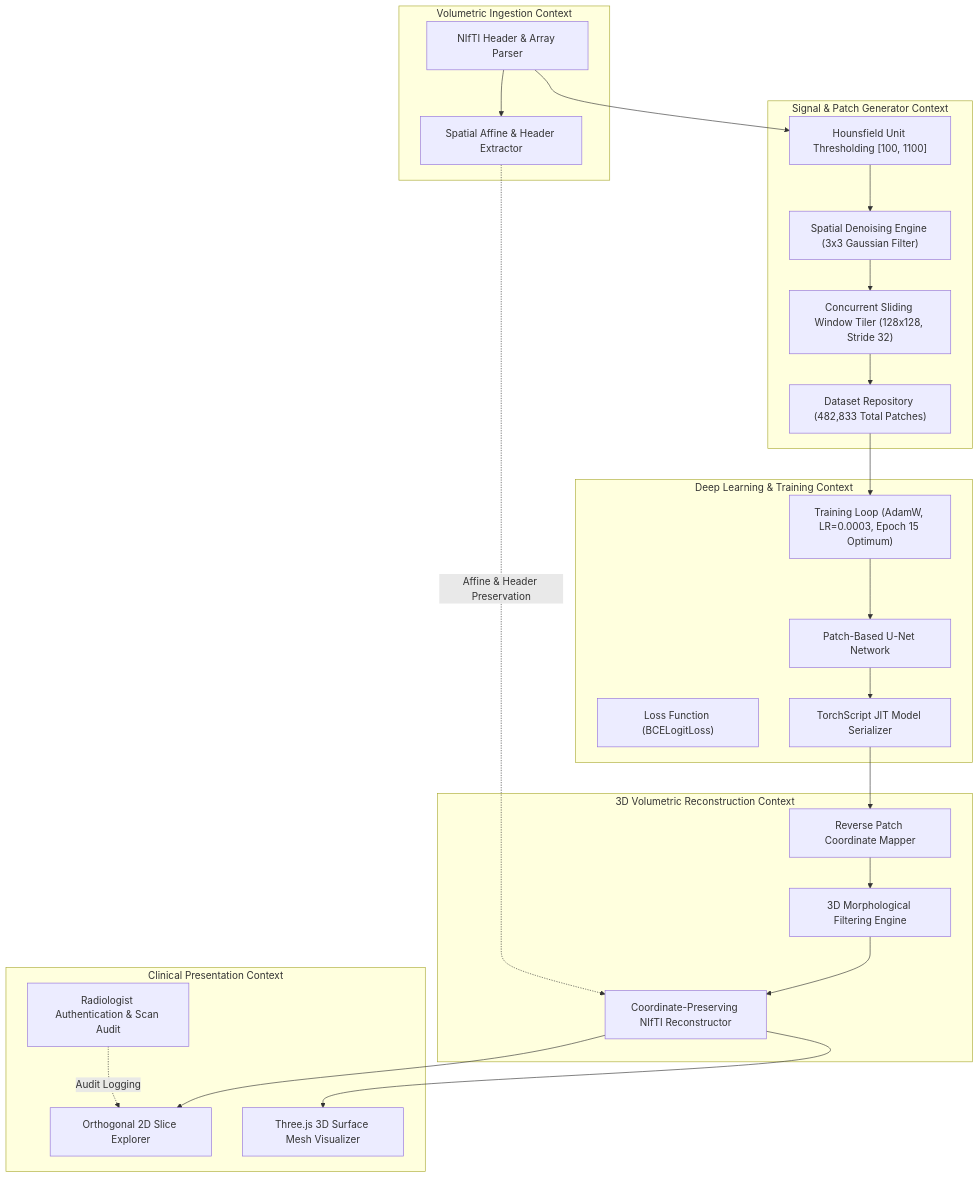
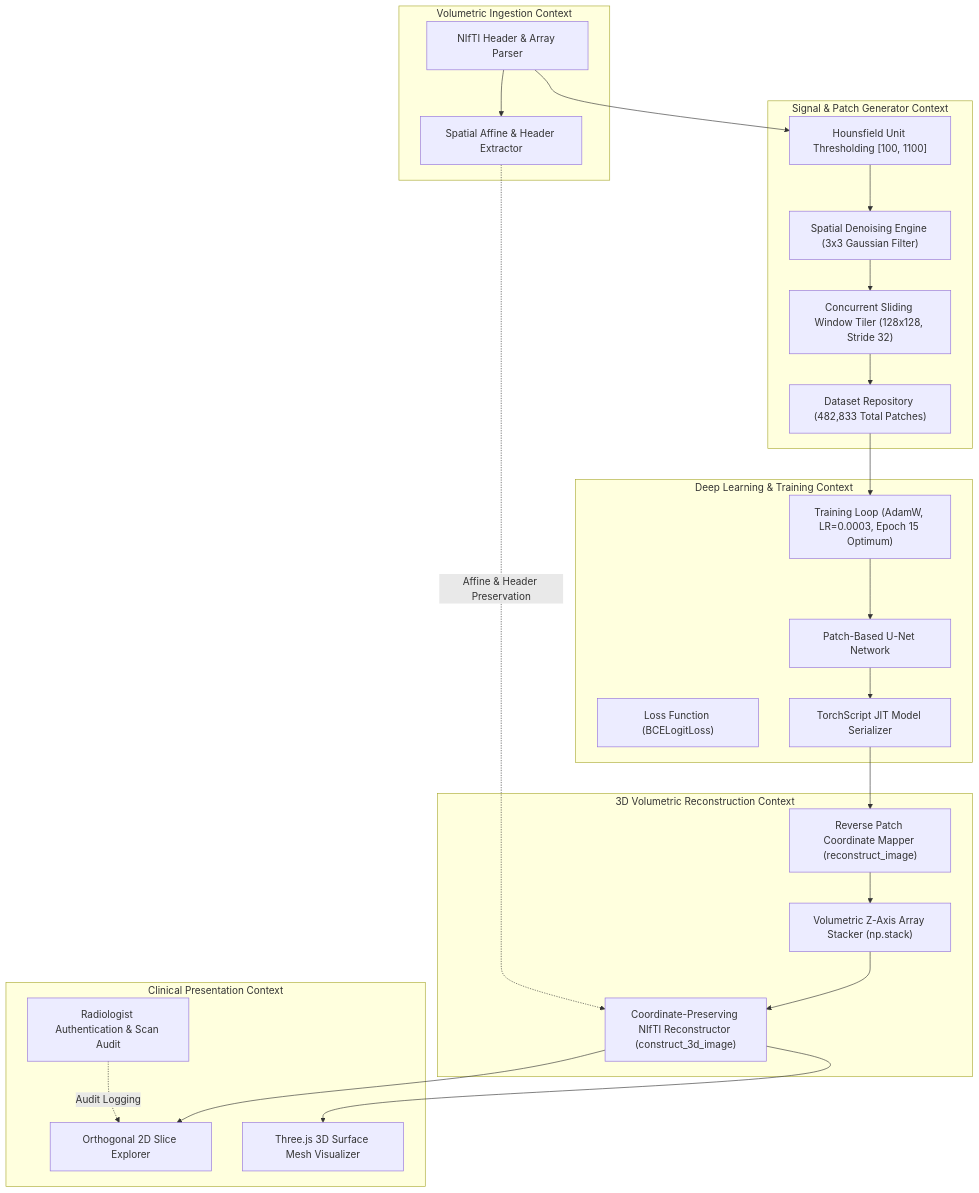
One commit to Nawaz393/spine-vertebrae-segmentation-architecture changed the first of 2 diagrams in docs/domain-map.md. Above: the diagram before and after it, drawn with Mermaid. The commit also changed other lines of this file and 4 other files, not shown here.

````diff
--- a/docs/domain-map.md
+++ b/docs/domain-map.md
@@ -11,49 +11,49 @@
 ```mermaid
 flowchart TD
     subgraph INGESTION_CTX ["Volumetric Ingestion Context"]
         NII_READER["NIfTI Header & Array Parser"]
         METADATA_EXTR["Spatial Affine & Header Extractor"]
     end
 
     subgraph PREPROC_CTX ["Signal & Patch Generator Context"]
         HU_FILTER["Hounsfield Unit Thresholding [100, 1100]"]
         DENOISE_ENG["Spatial Denoising Engine (3x3 Gaussian Filter)"]
         PATCH_ENG["Concurrent Sliding Window Tiler (128x128, Stride 32)"]
         DATASET_REPO["Dataset Repository (482,833 Total Patches)"]
     end
 
     subgraph MODEL_CTX ["Deep Learning & Training Context"]
         UNET_MODEL["Patch-Based U-Net Network"]
         TRAINER["Training Loop (AdamW, LR=0.0003, Epoch 15 Optimum)"]
         LOSS_EVAL["Loss Function (BCELogitLoss)"]
         JIT_SER["TorchScript JIT Model Serializer"]
     end
 
     subgraph RECON_CTX ["3D Volumetric Reconstruction Context"]
-        STITCH_ENG["Reverse Patch Coordinate Mapper"]
-        MORPH_POST["3D Morphological Filtering Engine"]
-        NII_BUILDER["Coordinate-Preserving NIfTI Reconstructor"]
+        STITCH_ENG["Reverse Patch Coordinate Mapper (reconstruct_image)"]
+        STACK_ENG["Volumetric Z-Axis Array Stacker (np.stack)"]
+        NII_BUILDER["Coordinate-Preserving NIfTI Reconstructor (construct_3d_image)"]
     end
 
     subgraph CLINICAL_CTX ["Clinical Presentation Context"]
         WEB_AUTH["Radiologist Authentication & Scan Audit"]
         SLICE_VIEW["Orthogonal 2D Slice Explorer"]
         MESH_VIEW["Three.js 3D Surface Mesh Visualizer"]
     end
 
     NII_READER --> METADATA_EXTR
     NII_READER --> HU_FILTER
     HU_FILTER --> DENOISE_ENG
     DENOISE_ENG --> PATCH_ENG
     PATCH_ENG --> DATASET_REPO
     DATASET_REPO --> TRAINER
     TRAINER --> UNET_MODEL
     UNET_MODEL --> JIT_SER
     JIT_SER --> STITCH_ENG
-    STITCH_ENG --> MORPH_POST
-    MORPH_POST --> NII_BUILDER
+    STITCH_ENG --> STACK_ENG
+    STACK_ENG --> NII_BUILDER
     METADATA_EXTR -.->|"Affine & Header Preservation"| NII_BUILDER
     NII_BUILDER --> MESH_VIEW
     NII_BUILDER --> SLICE_VIEW
     WEB_AUTH -.->|"Audit Logging"| SLICE_VIEW
 ```
````
